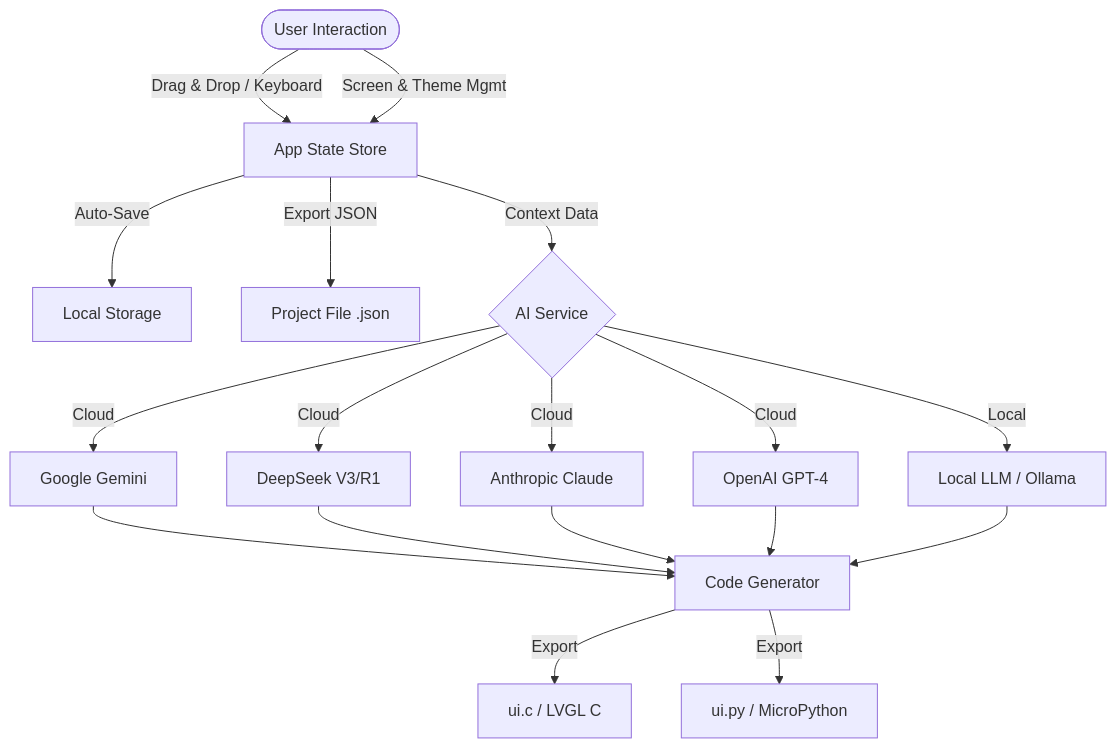
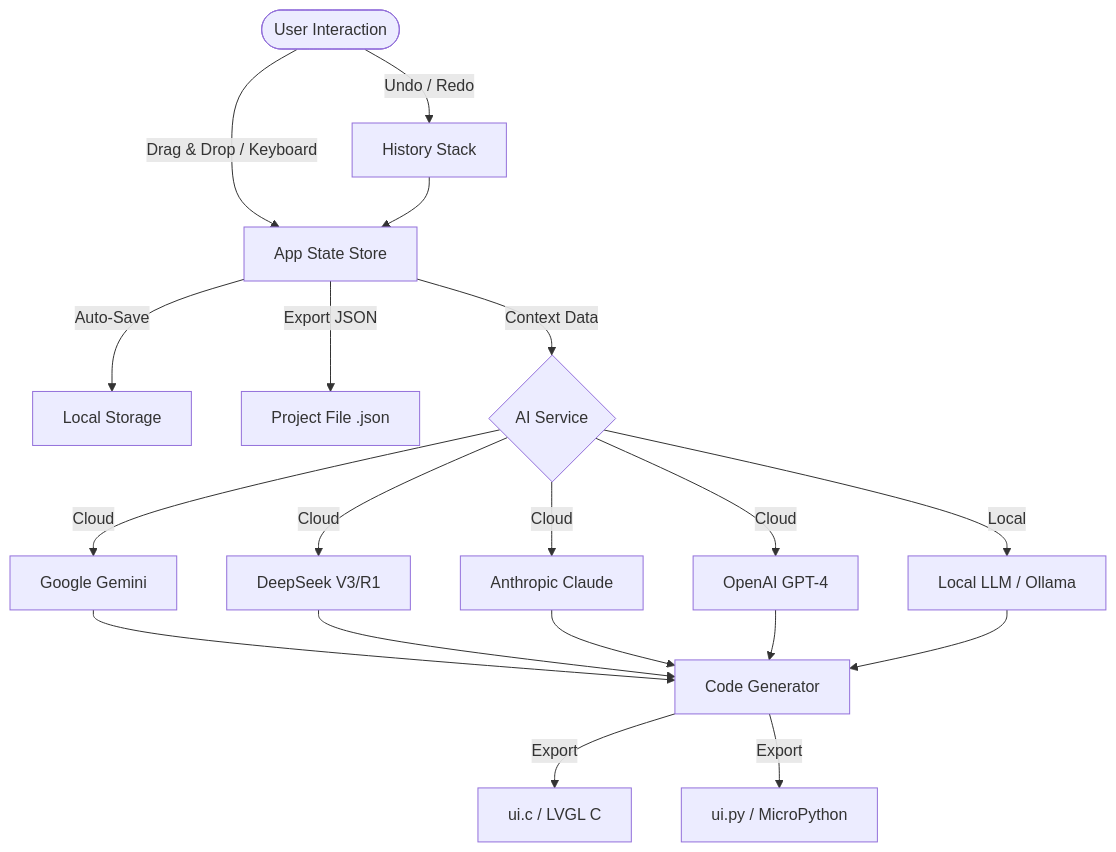
One commit to dazeb/LVGL-AI-Studio changed the diagram in README.md. Above: the diagram before and after it, drawn with Mermaid. The commit also changed other lines of this file and 9 other files, not shown here.

````diff
--- a/README.md
+++ b/README.md
@@ -62,20 +106,21 @@
 ```mermaid
 graph TD
     User([User Interaction]) -->|Drag & Drop / Keyboard| State[App State Store]
-    User -->|Screen & Theme Mgmt| State
+    User -->|Undo / Redo| History[History Stack]
+    History --> State
     State -->|Auto-Save| LocalStorage[Local Storage]
     State -->|Export JSON| File[Project File .json]
     State -->|Context Data| AIService{AI Service}
     AIService -->|Cloud| Gemini[Google Gemini]
     AIService -->|Cloud| DeepSeek[DeepSeek V3/R1]
     AIService -->|Cloud| Claude[Anthropic Claude]
     AIService -->|Cloud| OpenAI[OpenAI GPT-4]
     AIService -->|Local| Ollama[Local LLM / Ollama]
     Gemini --> Generator[Code Generator]
     DeepSeek --> Generator
     Claude --> Generator
     OpenAI --> Generator
     Ollama --> Generator
     Generator -->|Export| CFile[ui.c / LVGL C]
     Generator -->|Export| PyFile[ui.py / MicroPython]
 ```
````
